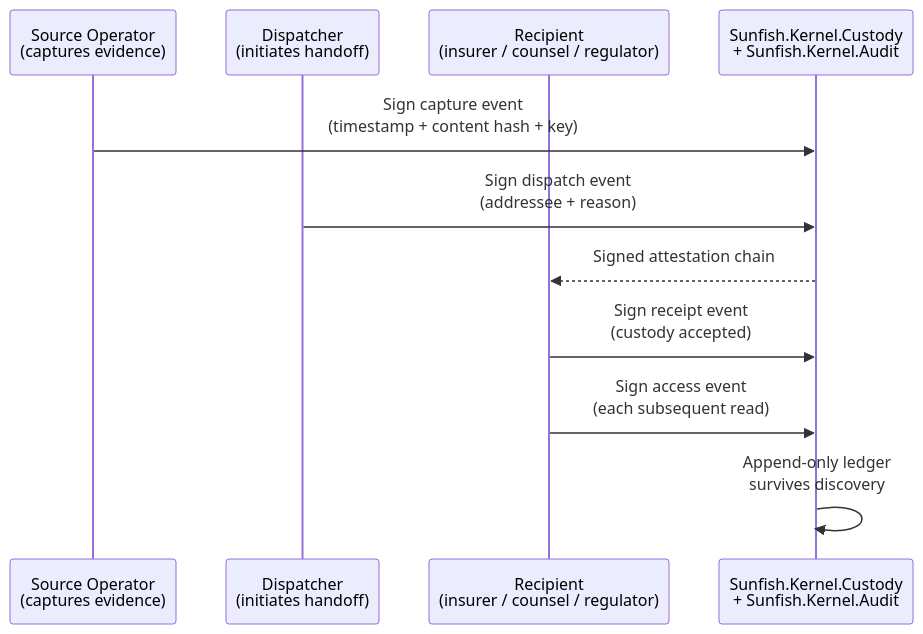
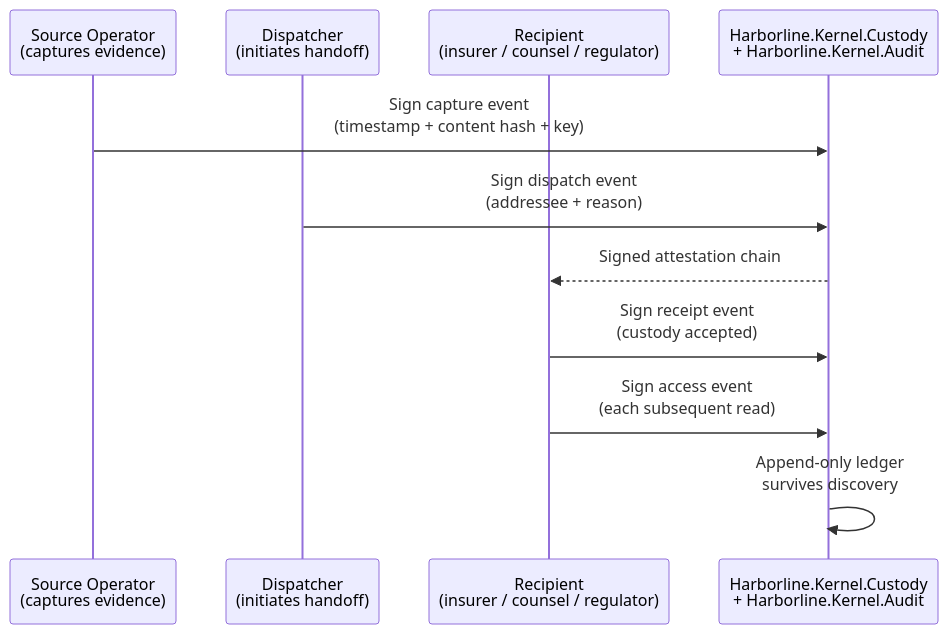
The third of 3 diagrams in vol-1/part-5-operational-concerns/ch23-endpoint-collaborator-ops.md (Harborline-Software/the-inverted-stack), drawn with Mermaid before and after one commit. The commit also changed other lines of this file and 376 other files, not shown here.

````diff
--- a/vol-1/part-5-operational-concerns/ch23-endpoint-collaborator-ops.md
+++ b/vol-1/part-5-operational-concerns/ch23-endpoint-collaborator-ops.md
@@ -274,14 +274,14 @@
 ```mermaid
 sequenceDiagram
     participant Source as Source Operator<br/>(captures evidence)
     participant Dispatcher as Dispatcher<br/>(initiates handoff)
     participant Recipient as Recipient<br/>(insurer / counsel / regulator)
-    participant Audit as Sunfish.Kernel.Custody<br/>+ Sunfish.Kernel.Audit
+    participant Audit as Harborline.Kernel.Custody<br/>+ Harborline.Kernel.Audit
 
     Source->>Audit: Sign capture event<br/>(timestamp + content hash + key)
     Dispatcher->>Audit: Sign dispatch event<br/>(addressee + reason)
     Audit-->>Recipient: Signed attestation chain
     Recipient->>Audit: Sign receipt event<br/>(custody accepted)
     Recipient->>Audit: Sign access event<br/>(each subsequent read)
     Audit->>Audit: Append-only ledger<br/>survives discovery
 ```
````
